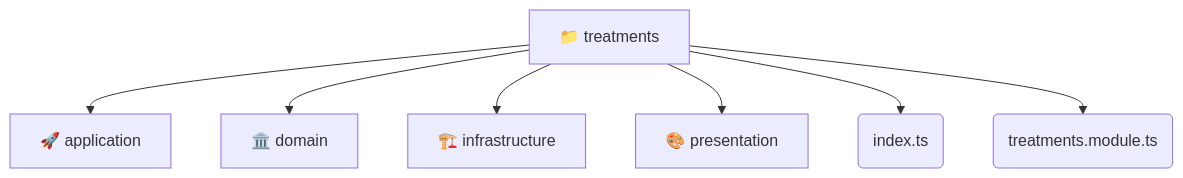
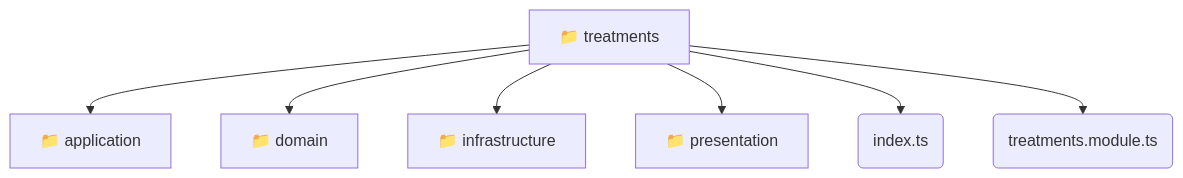
One commit to beginwebdev2002/fullstack-mavluda changed the diagram in backend/src/modules/treatments/README.md. Above: the diagram before and after it, drawn with Mermaid. The commit also changed other lines of this file and 155 other files, not shown here.

````diff
--- a/backend/src/modules/treatments/README.md
+++ b/backend/src/modules/treatments/README.md
@@ -9,10 +9,10 @@
 ```mermaid
 graph TD
   treatments[📁 treatments]
-  treatments --> application[🚀 application]
-  treatments --> domain[🏛️ domain]
-  treatments --> infrastructure[🏗️ infrastructure]
-  treatments --> presentation[🎨 presentation]
-  treatments --> index_ts(index.ts)
-  treatments --> treatments_module_ts(treatments.module.ts)
+  treatments --> treatments_application[📁 application]
+  treatments --> treatments_domain[📁 domain]
+  treatments --> treatments_infrastructure[📁 infrastructure]
+  treatments --> treatments_presentation[📁 presentation]
+  treatments --> treatments_index_ts(index.ts)
+  treatments --> treatments_treatments_module_ts(treatments.module.ts)
 ```
````
